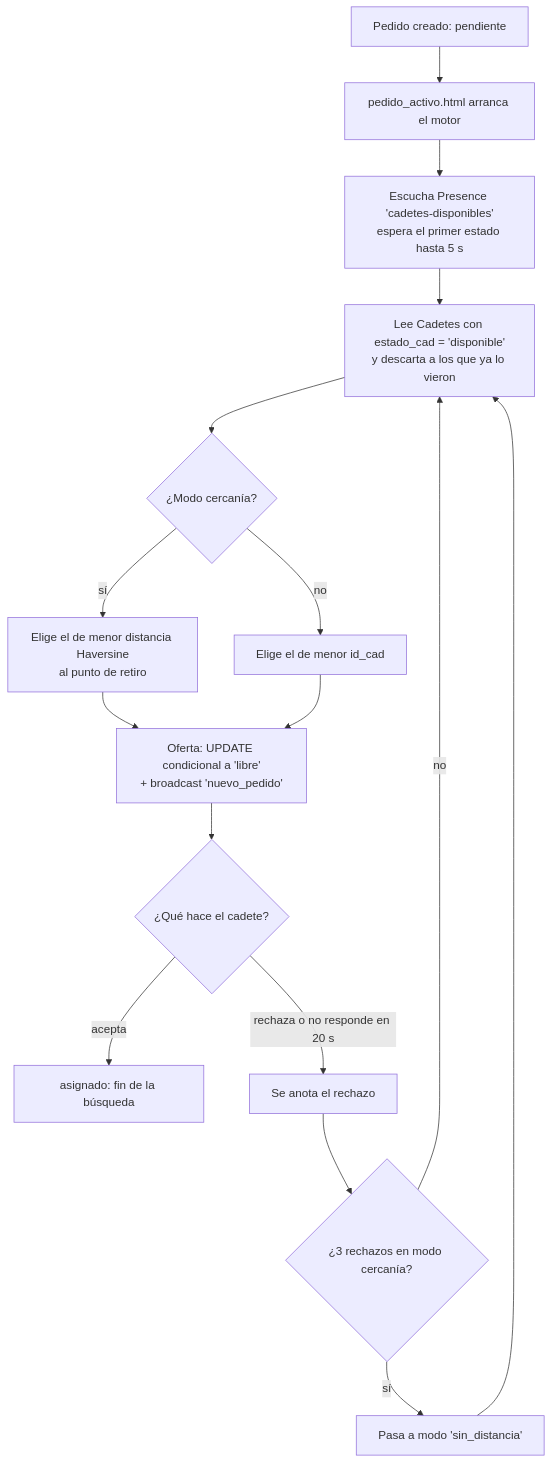
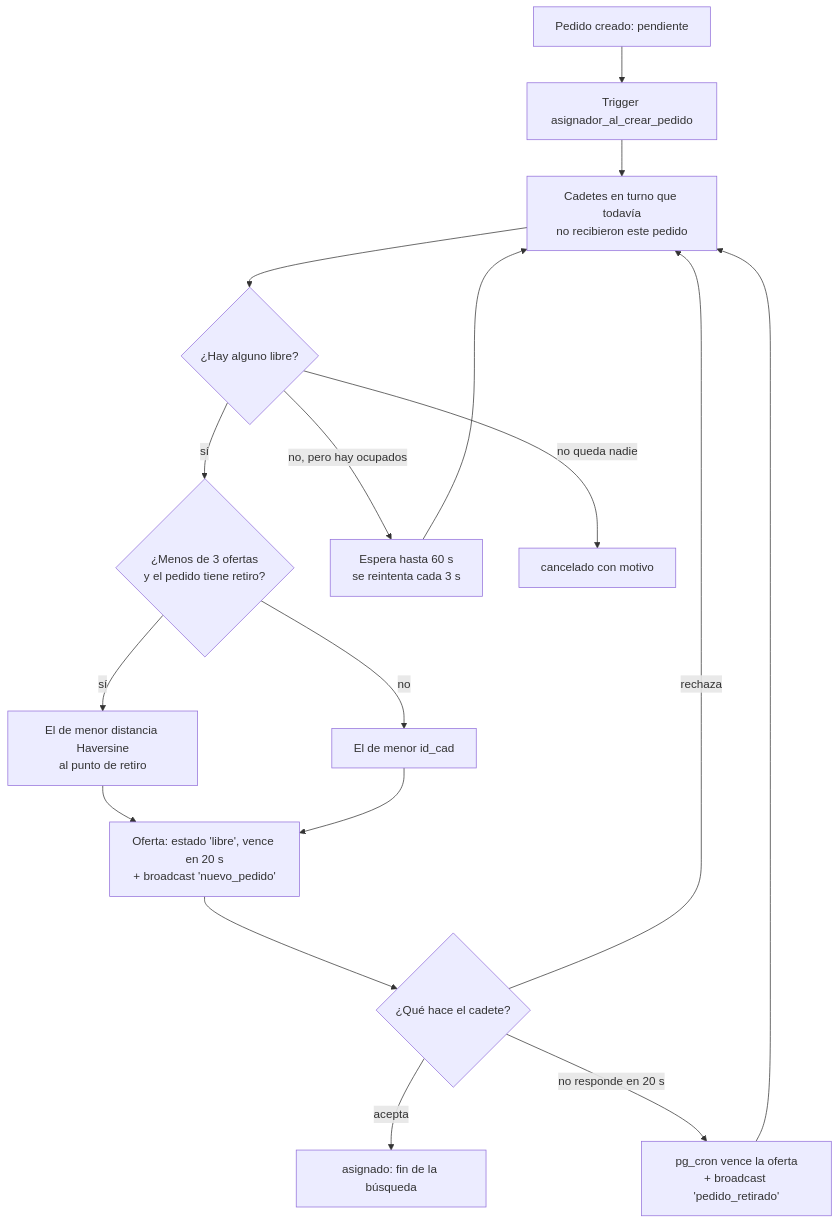
One commit to TodoDelivery/SistemaClientes changed the diagram in docs/asignacion_por_cercania.md. Above: the diagram before and after it, drawn with Mermaid. The commit also changed other lines of this file and 2 other files, not shown here.

First line of the commit message:
Docs: asignador en el servidor en README, contrato y guía de cercanía

````diff
--- a/docs/asignacion_por_cercania.md
+++ b/docs/asignacion_por_cercania.md
@@ -34,17 +23,17 @@
 ```mermaid
 flowchart TD
-    A[Pedido creado: pendiente] --> B[pedido_activo.html arranca el motor]
-    B --> C[Escucha Presence 'cadetes-disponibles'<br/>espera el primer estado hasta 5 s]
-    C --> D[Lee Cadetes con estado_cad = 'disponible'<br/>y descarta a los que ya lo vieron]
-    D --> E{¿Modo cercanía?}
-    E -- sí --> F[Elige el de menor distancia Haversine<br/>al punto de retiro]
-    E -- no --> G[Elige el de menor id_cad]
-    F --> H[Oferta: UPDATE condicional a 'libre'<br/>+ broadcast 'nuevo_pedido']
+    A[Pedido creado: pendiente] --> B[Trigger asignador_al_crear_pedido]
+    B --> C[Cadetes en turno que todavía<br/>no recibieron este pedido]
+    C --> D{¿Hay alguno libre?}
+    D -- sí --> E{¿Menos de 3 ofertas<br/>y el pedido tiene retiro?}
+    E -- sí --> F[El de menor distancia Haversine<br/>al punto de retiro]
+    E -- no --> G[El de menor id_cad]
+    F --> H[Oferta: estado 'libre', vence en 20 s<br/>+ broadcast 'nuevo_pedido']
     G --> H
     H --> I{¿Qué hace el cadete?}
     I -- acepta --> J[asignado: fin de la búsqueda]
-    I -- rechaza o no responde en 20 s --> K[Se anota el rechazo]
-    K --> L{¿3 rechazos en modo cercanía?}
-    L -- sí --> M[Pasa a modo 'sin_distancia'] --> D
-    L -- no --> D
+    I -- rechaza --> C
+    I -- no responde en 20 s --> K[pg_cron vence la oferta<br/>+ broadcast 'pedido_retirado'] --> C
+    D -- no, pero hay ocupados --> L[Espera hasta 60 s<br/>se reintenta cada 3 s] --> C
+    D -- no queda nadie --> M[cancelado con motivo]
 ```
````
